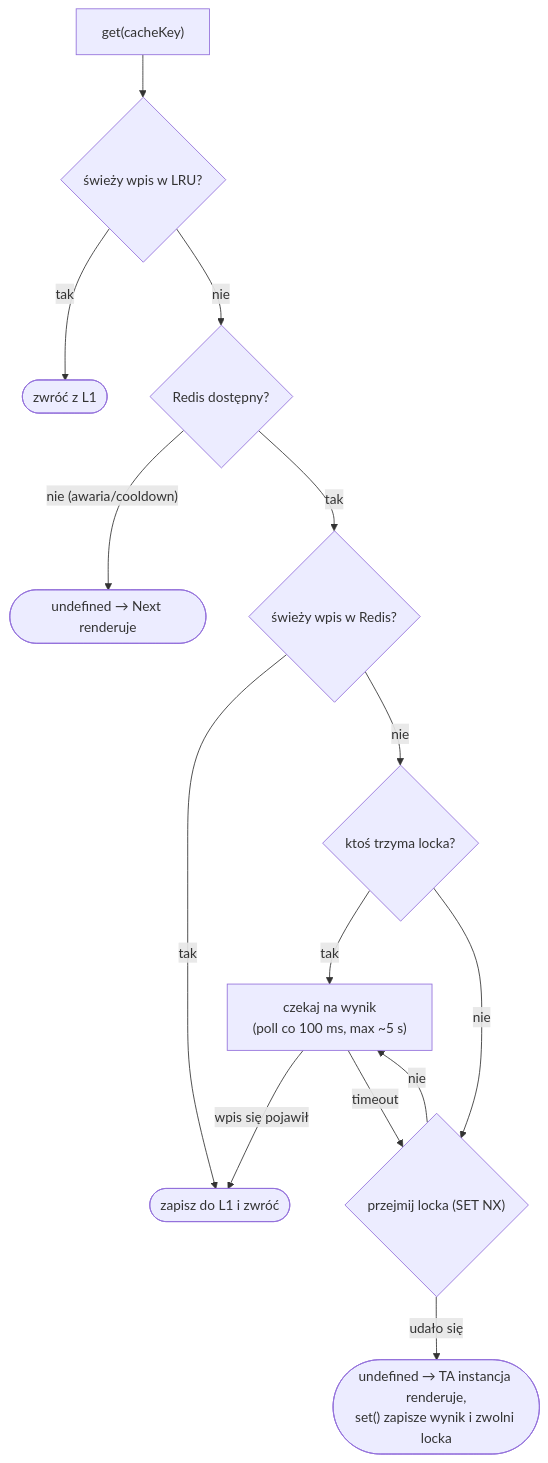
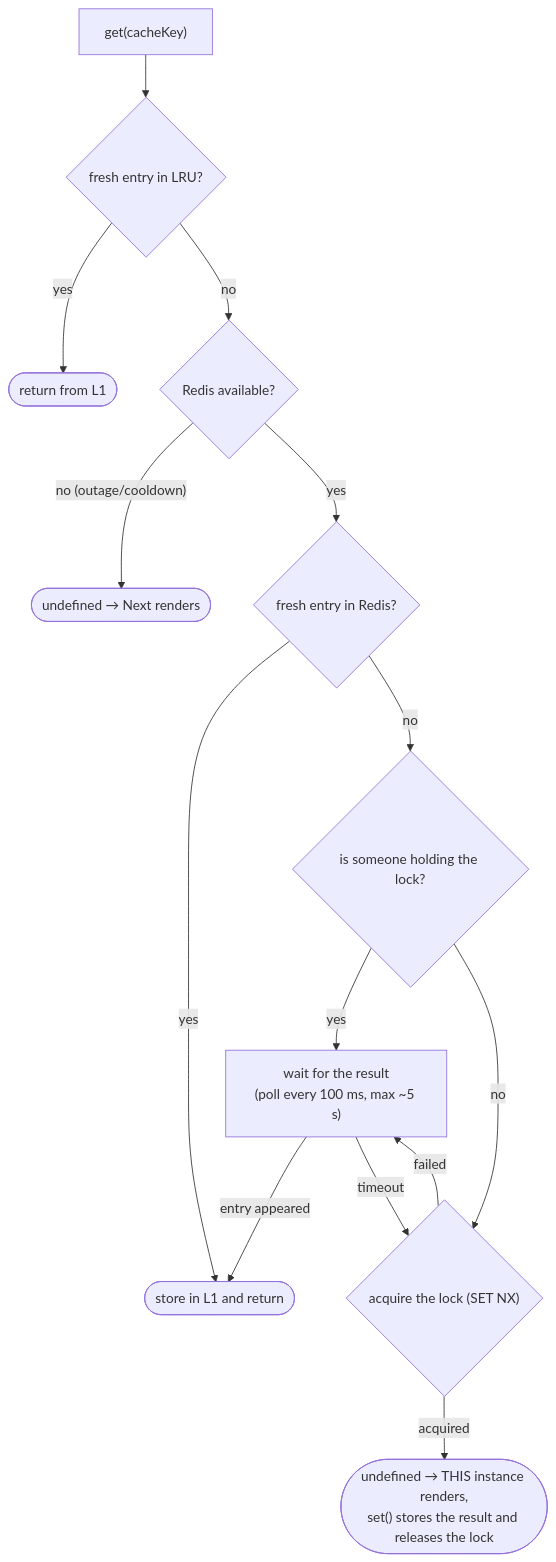
Before and after one commit to Regnar110/cursor-playground: the second of 7 diagrams in apps/tmeNext/docs/CACHING.md, drawn with Mermaid. The commit also changed other lines of this file and 3 other files, not shown here.

````diff
--- a/apps/tmeNext/docs/CACHING.md
+++ b/apps/tmeNext/docs/CACHING.md
@@ -79,16 +80,16 @@
 ```mermaid
 flowchart TD
-    A["get(cacheKey)"] --> B{"świeży wpis w LRU?"}
-    B -- "tak" --> OK1(["zwróć z L1"])
-    B -- "nie" --> C{"Redis dostępny?"}
-    C -- "nie (awaria/cooldown)" --> MISS(["undefined → Next renderuje"])
-    C -- "tak" --> D{"świeży wpis w Redis?"}
-    D -- "tak" --> OK2(["zapisz do L1 i zwróć"])
-    D -- "nie" --> E{"ktoś trzyma locka?"}
-    E -- "tak" --> F["czekaj na wynik<br/>(poll co 100 ms, max ~5 s)"]
-    F -- "wpis się pojawił" --> OK2
+    A["get(cacheKey)"] --> B{"fresh entry in LRU?"}
+    B -- "yes" --> OK1(["return from L1"])
+    B -- "no" --> C{"Redis available?"}
+    C -- "no (outage/cooldown)" --> MISS(["undefined → Next renders"])
+    C -- "yes" --> D{"fresh entry in Redis?"}
+    D -- "yes" --> OK2(["store in L1 and return"])
+    D -- "no" --> E{"is someone holding the lock?"}
+    E -- "yes" --> F["wait for the result<br/>(poll every 100 ms, max ~5 s)"]
+    F -- "entry appeared" --> OK2
     F -- "timeout" --> G
-    E -- "nie" --> G{"przejmij locka (SET NX)"}
-    G -- "udało się" --> MISS2(["undefined → TA instancja renderuje,<br/>set() zapisze wynik i zwolni locka"])
-    G -- "nie" --> F
+    E -- "no" --> G{"acquire the lock (SET NX)"}
+    G -- "acquired" --> MISS2(["undefined → THIS instance renders,<br/>set() stores the result and releases the lock"])
+    G -- "failed" --> F
 ```
````
